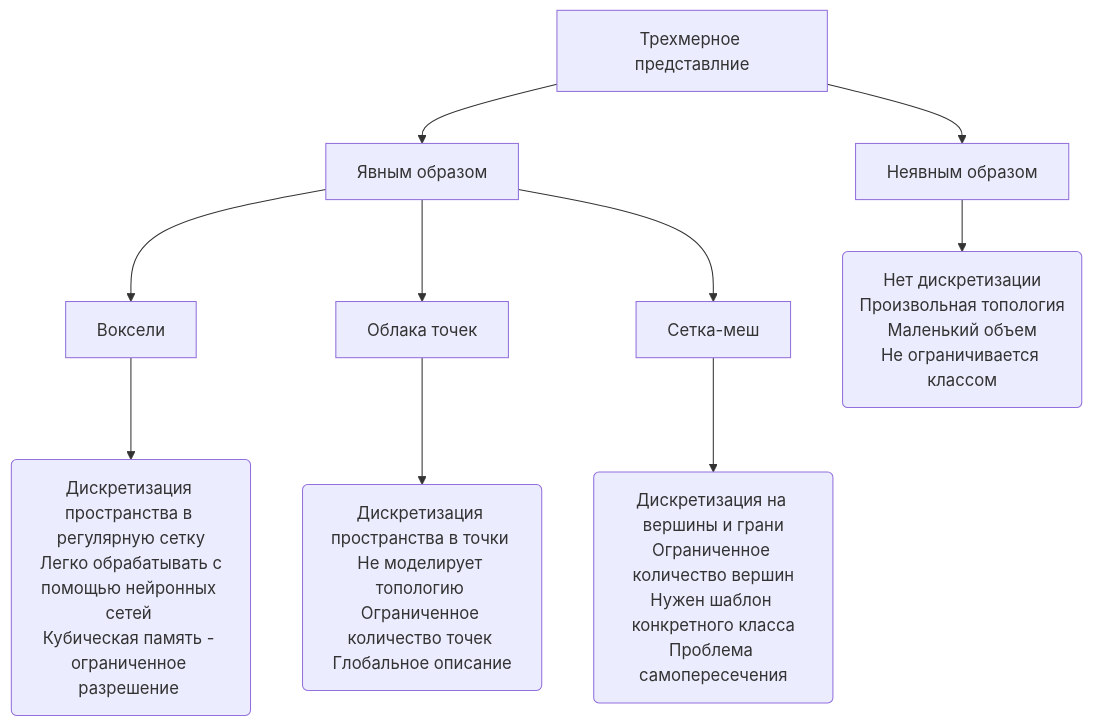
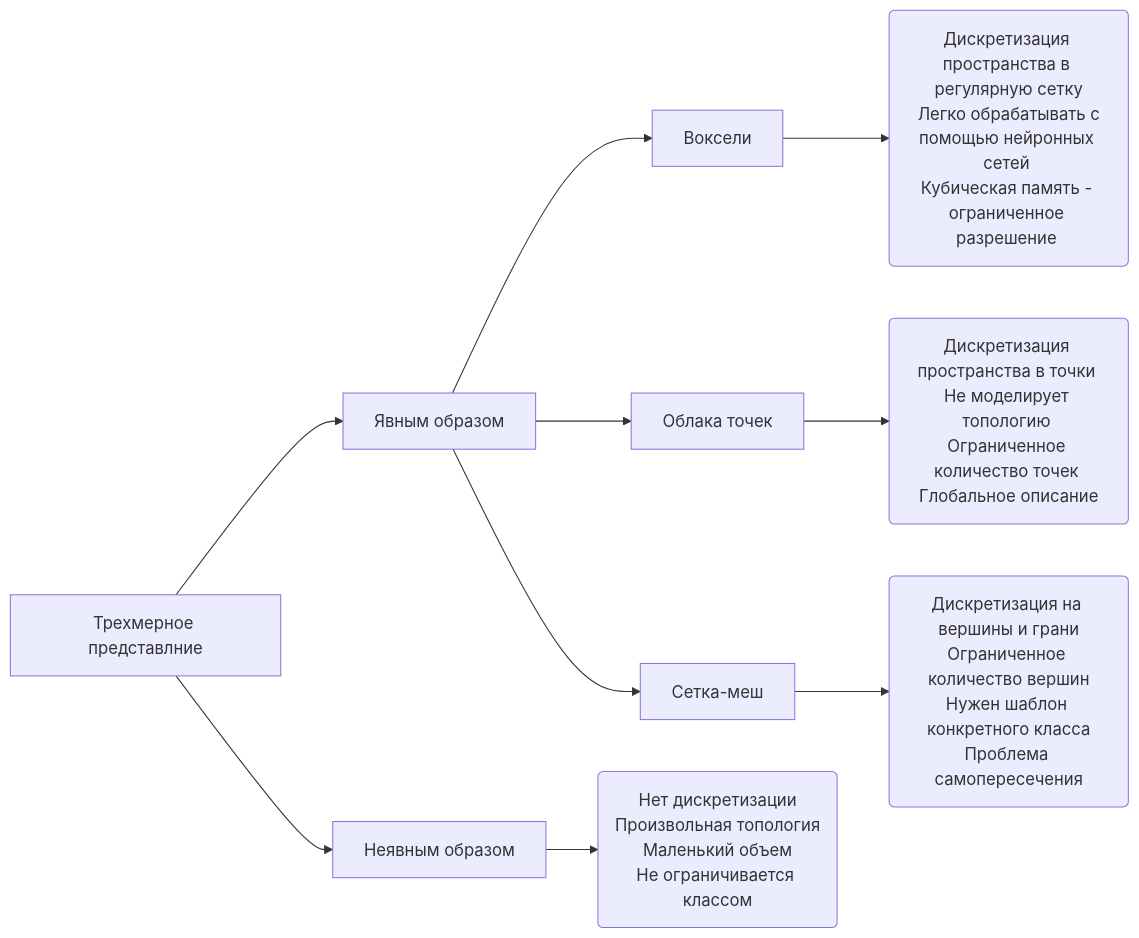
The diagram in additional_info/schema.md (aktumar/3D_reconstruction), drawn with Mermaid before and after one commit.

````diff
--- a/additional_info/schema.md
+++ b/additional_info/schema.md
@@ -3,14 +3,14 @@
 ```mermaid
-graph TD;    
+graph LR;    
 A[Трехмерное представлние]--> B[Неявным образом];    
 A-->C[Явным образом];    
 C-->D[Воксели];
 C-->E[Облака точек];
 C-->F[Сетка-меш];
 D-->G(Дискретизация пространства в регулярную сетку<br> Легко обрабатывать с помощью нейронных сетей <br>Кубическая память - ограниченное разрешение <br>);
 E-->H(Дискретизация пространства в точки <br>Не моделирует топологию <br>Ограниченное количество точек <br>Глобальное описание)
 F-->I(Дискретизация на вершины и грани<br>Ограниченное количество вершин<br>Нужен шаблон конкретного класса<br>Проблема самопересечения)
 
 B-->J(Нет дискретизации<br>Произвольная топология<br>Маленький объем<br>Не ограничивается классом)
 
 ```
````
